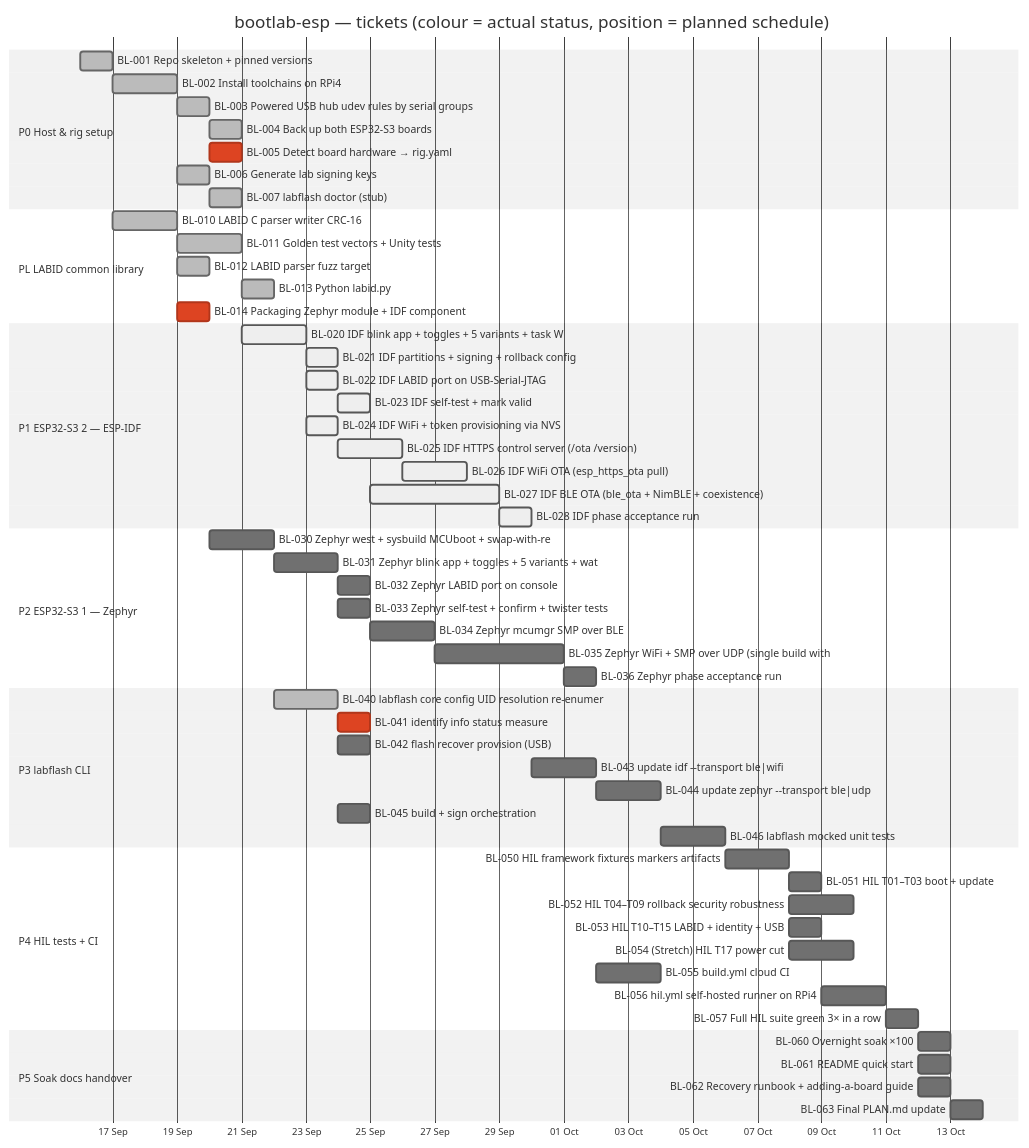
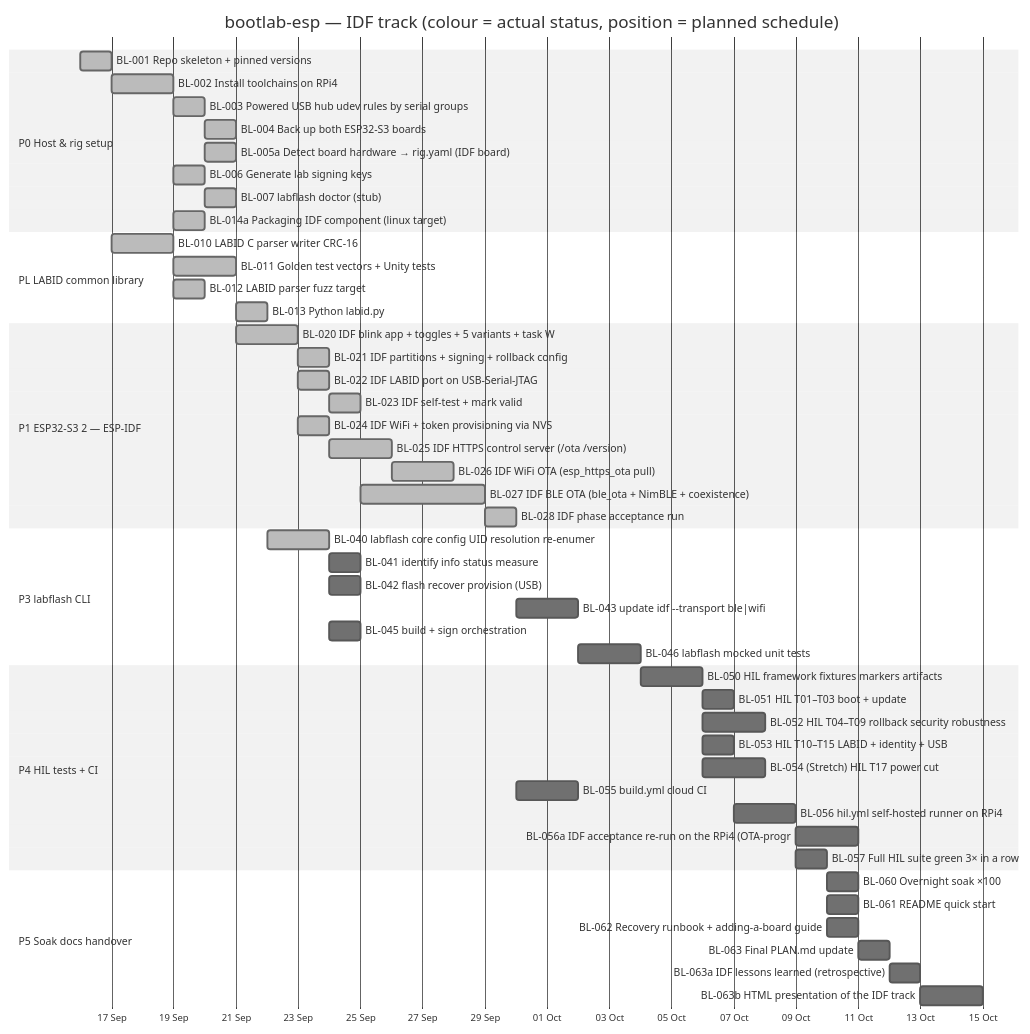
Before and after one commit to mohamed-soubhi/bootlab-esp: the first of 2 diagrams in tickets/GANTT.md, drawn with Mermaid (neutral theme). The commit also changed other lines of this file and 8 other files, not shown here.

First line of the commit message:
plan: replan — IDF board first (per-board tracks, suffix split), then lessons, then Zephyr

````diff
--- a/tickets/GANTT.md
+++ b/tickets/GANTT.md
@@ -28,61 +28,55 @@
 ```mermaid
 gantt
-    title bootlab-esp — tickets (colour = actual status, position = planned schedule)
+    title bootlab-esp — IDF track (colour = actual status, position = planned schedule)
     dateFormat YYYY-MM-DD
     axisFormat %d %b
     todayMarker stroke-width:3px,stroke:#f80,opacity:0.7
     section P0 Host & rig setup
     BL-001 Repo skeleton + pinned versions :done, bl001, 2026-09-16, 1d
     BL-002 Install toolchains on RPi4 :done, bl002, 2026-09-17, 2d
     BL-003 Powered USB hub udev rules by serial groups :done, bl003, 2026-09-19, 1d
     BL-004 Back up both ESP32-S3 boards :done, bl004, 2026-09-20, 1d
-    BL-005 Detect board hardware → rig.yaml :crit, bl005, 2026-09-20, 1d
+    BL-005a Detect board hardware → rig.yaml (IDF board) :done, bl005a, 2026-09-20, 1d
     BL-006 Generate lab signing keys :done, bl006, 2026-09-19, 1d
     BL-007 labflash doctor (stub) :done, bl007, 2026-09-20, 1d
+    BL-014a Packaging IDF component (linux target) :done, bl014a, 2026-09-19, 1d
     section PL LABID common library
     BL-010 LABID C parser writer CRC-16 :done, bl010, 2026-09-17, 2d
     BL-011 Golden test vectors + Unity tests :done, bl011, 2026-09-19, 2d
     BL-012 LABID parser fuzz target :done, bl012, 2026-09-19, 1d
     BL-013 Python labid.py :done, bl013, 2026-09-21, 1d
-    BL-014 Packaging Zephyr module + IDF component :crit, bl014, 2026-09-19, 1d
     section P1 ESP32-S3 2 — ESP-IDF
-    BL-020 IDF blink app + toggles + 5 variants + task W :active, bl020, 2026-09-21, 2d
-    BL-021 IDF partitions + signing + rollback config :active, bl021, 2026-09-23, 1d
-    BL-022 IDF LABID port on USB-Serial-JTAG :active, bl022, 2026-09-23, 1d
-    BL-023 IDF self-test + mark valid :active, bl023, 2026-09-24, 1d
-    BL-024 IDF WiFi + token provisioning via NVS :active, bl024, 2026-09-23, 1d
-    BL-025 IDF HTTPS control server (/ota /version) :active, bl025, 2026-09-24, 2d
-    BL-026 IDF WiFi OTA (esp_https_ota pull) :active, bl026, 2026-09-26, 2d
-    BL-027 IDF BLE OTA (ble_ota + NimBLE + coexistence) :active, bl027, 2026-09-25, 4d
-    BL-028 IDF phase acceptance run :active, bl028, 2026-09-29, 1d
-    section P2 ESP32-S3 1 — Zephyr
-    BL-030 Zephyr west + sysbuild MCUboot + swap-with-re :bl030, 2026-09-20, 2d
-    BL-031 Zephyr blink app + toggles + 5 variants + wat :bl031, 2026-09-22, 2d
-    BL-032 Zephyr LABID port on console :bl032, 2026-09-24, 1d
-    BL-033 Zephyr self-test + confirm + twister tests :bl033, 2026-09-24, 1d
-    BL-034 Zephyr mcumgr SMP over BLE :bl034, 2026-09-25, 2d
-    BL-035 Zephyr WiFi + SMP over UDP (single build with :bl035, 2026-09-27, 4d
-    BL-036 Zephyr phase acceptance run :bl036, 2026-10-01, 1d
+    BL-020 IDF blink app + toggles + 5 variants + task W :done, bl020, 2026-09-21, 2d
+    BL-021 IDF partitions + signing + rollback config :done, bl021, 2026-09-23, 1d
+    BL-022 IDF LABID port on USB-Serial-JTAG :done, bl022, 2026-09-23, 1d
+    BL-023 IDF self-test + mark valid :done, bl023, 2026-09-24, 1d
+    BL-024 IDF WiFi + token provisioning via NVS :done, bl024, 2026-09-23, 1d
+    BL-025 IDF HTTPS control server (/ota /version) :done, bl025, 2026-09-24, 2d
+    BL-026 IDF WiFi OTA (esp_https_ota pull) :done, bl026, 2026-09-26, 2d
+    BL-027 IDF BLE OTA (ble_ota + NimBLE + coexistence) :done, bl027, 2026-09-25, 4d
+    BL-028 IDF phase acceptance run :done, bl028, 2026-09-29, 1d
     section P3 labflash CLI
     BL-040 labflash core config UID resolution re-enumer :done, bl040, 2026-09-22, 2d
-    BL-041 identify info status measure :crit, bl041, 2026-09-24, 1d
+    BL-041 identify info status measure :bl041, 2026-09-24, 1d
     BL-042 flash recover provision (USB) :bl042, 2026-09-24, 1d
     BL-043 update idf --transport ble|wifi :bl043, 2026-09-30, 2d
-    BL-044 update zephyr --transport ble|udp :bl044, 2026-10-02, 2d
     BL-045 build + sign orchestration :bl045, 2026-09-24, 1d
-    BL-046 labflash mocked unit tests :bl046, 2026-10-04, 2d
+    BL-046 labflash mocked unit tests :bl046, 2026-10-02, 2d
     section P4 HIL tests + CI
-    BL-050 HIL framework fixtures markers artifacts :bl050, 2026-10-06, 2d
-    BL-051 HIL T01–T03 boot + update :bl051, 2026-10-08, 1d
-    BL-052 HIL T04–T09 rollback security robustness :bl052, 2026-10-08, 2d
-    BL-053 HIL T10–T15 LABID + identity + USB :bl053, 2026-10-08, 1d
-    BL-054 (Stretch) HIL T17 power cut :bl054, 2026-10-08, 2d
-    BL-055 build.yml cloud CI :bl055, 2026-10-02, 2d
-    BL-056 hil.yml self-hosted runner on RPi4 :bl056, 2026-10-09, 2d
-    BL-057 Full HIL suite green 3× in a row :bl057, 2026-10-11, 1d
+    BL-050 HIL framework fixtures markers artifacts :bl050, 2026-10-04, 2d
+    BL-051 HIL T01–T03 boot + update :bl051, 2026-10-06, 1d
+    BL-052 HIL T04–T09 rollback security robustness :bl052, 2026-10-06, 2d
+    BL-053 HIL T10–T15 LABID + identity + USB :bl053, 2026-10-06, 1d
+    BL-054 (Stretch) HIL T17 power cut :bl054, 2026-10-06, 2d
+    BL-055 build.yml cloud CI :bl055, 2026-09-30, 2d
+    BL-056 hil.yml self-hosted runner on RPi4 :bl056, 2026-10-07, 2d
+    BL-056a IDF acceptance re-run on the RPi4 (OTA-progr :bl056a, 2026-10-09, 2d
+    BL-057 Full HIL suite green 3× in a row :bl057, 2026-10-09, 1d
     section P5 Soak docs handover
-    BL-060 Overnight soak ×100 :bl060, 2026-10-12, 1d
-    BL-061 README quick start :bl061, 2026-10-12, 1d
-    BL-062 Recovery runbook + adding-a-board guide :bl062, 2026-10-12, 1d
-    BL-063 Final PLAN.md update :bl063, 2026-10-13, 1d
+    BL-060 Overnight soak ×100 :bl060, 2026-10-10, 1d
+    BL-061 README quick start :bl061, 2026-10-10, 1d
+    BL-062 Recovery runbook + adding-a-board guide :bl062, 2026-10-10, 1d
+    BL-063 Final PLAN.md update :bl063, 2026-10-11, 1d
+    BL-063a IDF lessons learned (retrospective) :bl063a, 2026-10-12, 1d
+    BL-063b HTML presentation of the IDF track :bl063b, 2026-10-13, 2d
 ```
````
